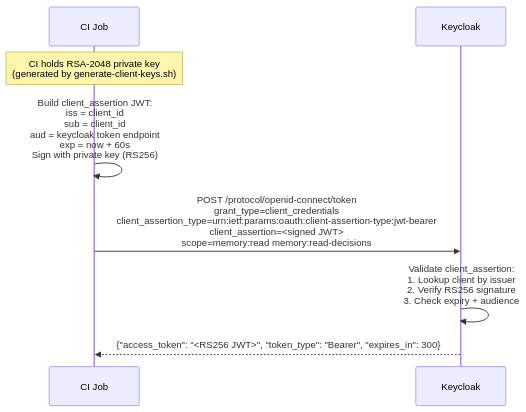
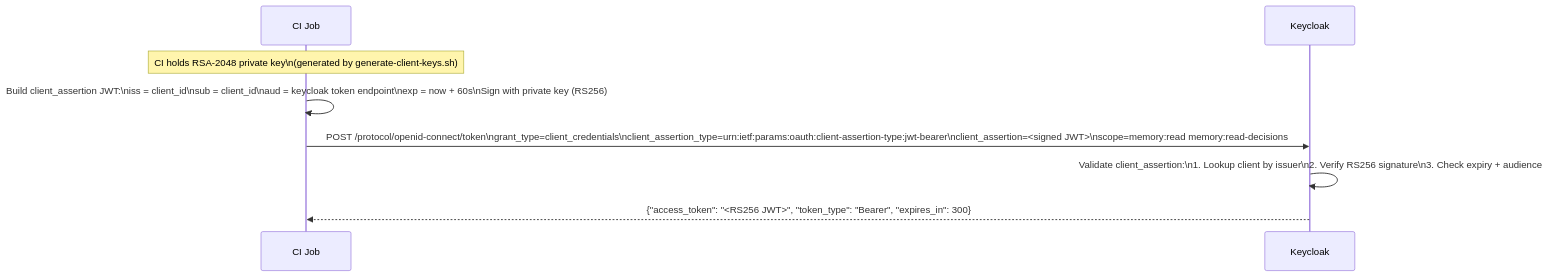
The second of 6 diagrams in docs/architecture/sequence-oauth2-flow.md (lfdesousa/AuditTrace-AI), drawn with Mermaid before and after one commit. The commit also changed other lines of this file and 4 other files, not shown here.

First line of the commit message:
fix(docs): replace HTML br tags with Mermaid newlines in sequence diagrams

````diff
--- a/docs/architecture/sequence-oauth2-flow.md
+++ b/docs/architecture/sequence-oauth2-flow.md
@@ -50,15 +50,15 @@
 ```mermaid
 sequenceDiagram
     participant CI as CI Job
     participant KC as Keycloak
 
-    Note over CI: CI holds RSA-2048 private key<br/>(generated by generate-client-keys.sh)
+    Note over CI: CI holds RSA-2048 private key\n(generated by generate-client-keys.sh)
 
-    CI->>CI: Build client_assertion JWT:<br/>iss = client_id<br/>sub = client_id<br/>aud = keycloak token endpoint<br/>exp = now + 60s<br/>Sign with private key (RS256)
+    CI->>CI: Build client_assertion JWT:\niss = client_id\nsub = client_id\naud = keycloak token endpoint\nexp = now + 60s\nSign with private key (RS256)
 
-    CI->>KC: POST /protocol/openid-connect/token<br/>grant_type=client_credentials<br/>client_assertion_type=urn:ietf:params:oauth:client-assertion-type:jwt-bearer<br/>client_assertion=<signed JWT><br/>scope=memory:read memory:read-decisions
+    CI->>KC: POST /protocol/openid-connect/token\ngrant_type=client_credentials\nclient_assertion_type=urn:ietf:params:oauth:client-assertion-type:jwt-bearer\nclient_assertion=<signed JWT>\nscope=memory:read memory:read-decisions
 
-    KC->>KC: Validate client_assertion:<br/>1. Lookup client by issuer<br/>2. Verify RS256 signature<br/>3. Check expiry + audience
+    KC->>KC: Validate client_assertion:\n1. Lookup client by issuer\n2. Verify RS256 signature\n3. Check expiry + audience
 
     KC-->>CI: {"access_token": "<RS256 JWT>", "token_type": "Bearer", "expires_in": 300}
 ```
````
